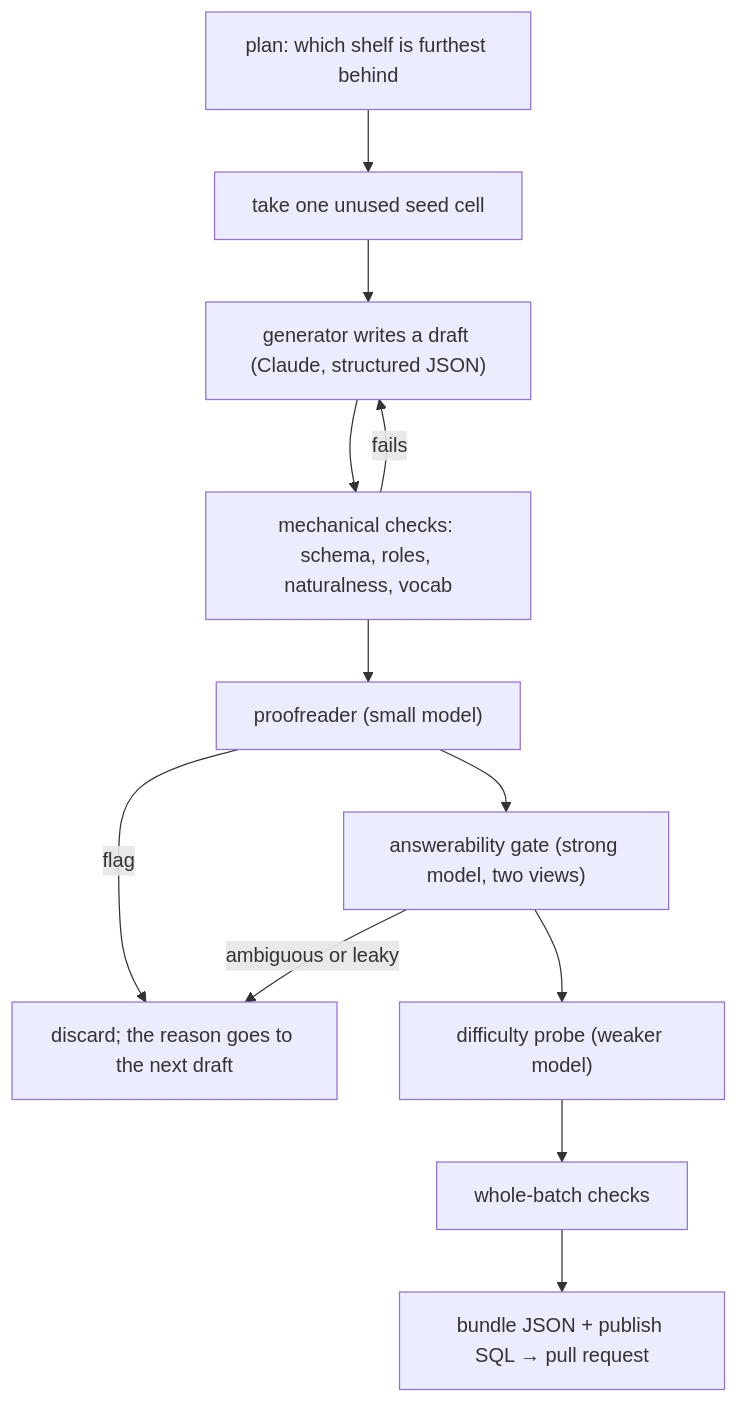
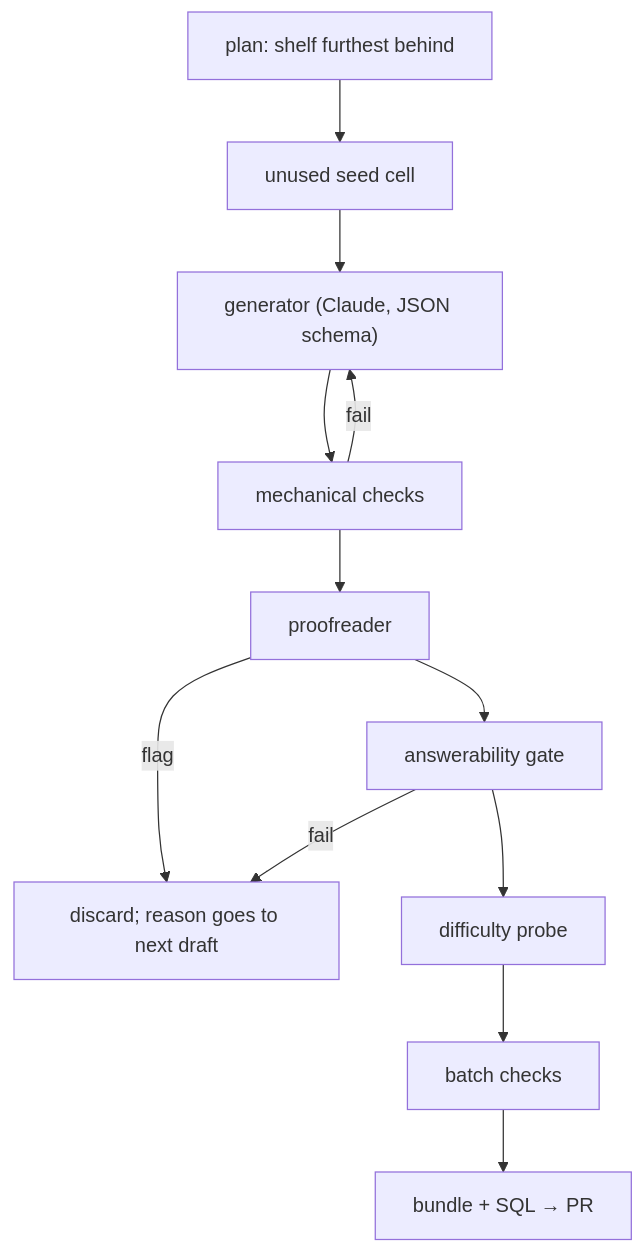
Before and after one commit to ZacharyTStone/business-japanese-test-practice: the second of 2 diagrams in README.md, drawn with Mermaid. The commit also changed other lines of this file, not shown here.

````diff
--- a/README.md
+++ b/README.md
@@ -438,14 +245,13 @@
 ```mermaid
 flowchart TD
-    PLAN["plan: which shelf is furthest behind"] --> CELL["take one unused seed cell"]
-    CELL --> GEN["generator writes a draft (Claude, structured JSON)"]
-    GEN --> LINT["mechanical checks: schema, roles, naturalness, vocab"]
-    LINT -->|fails| GEN
-    LINT --> PROOF["proofreader (small model)"]
-    PROOF -->|flag| DROP["discard; the reason goes to the next draft"]
-    PROOF --> GATE["answerability gate (strong model, two views)"]
-    GATE -->|ambiguous or leaky| DROP
-    GATE --> PROBE["difficulty probe (weaker model)"]
-    PROBE --> BATCH["whole-batch checks"]
-    BATCH --> BUNDLE["bundle JSON + publish SQL → pull request"]
+    PLAN["plan: shelf furthest behind"] --> CELL["unused seed cell"]
+    CELL --> GEN["generator (Claude, JSON schema)"]
+    GEN --> LINT["mechanical checks"]
+    LINT -->|fail| GEN
+    LINT --> PROOF["proofreader"]
+    PROOF -->|flag| DROP["discard; reason goes to next draft"]
+    PROOF --> GATE["answerability gate"]
+    GATE -->|fail| DROP
+    GATE --> PROBE["difficulty probe"]
+    PROBE --> BATCH["batch checks"] --> OUT["bundle + SQL → PR"]
 ```
````
